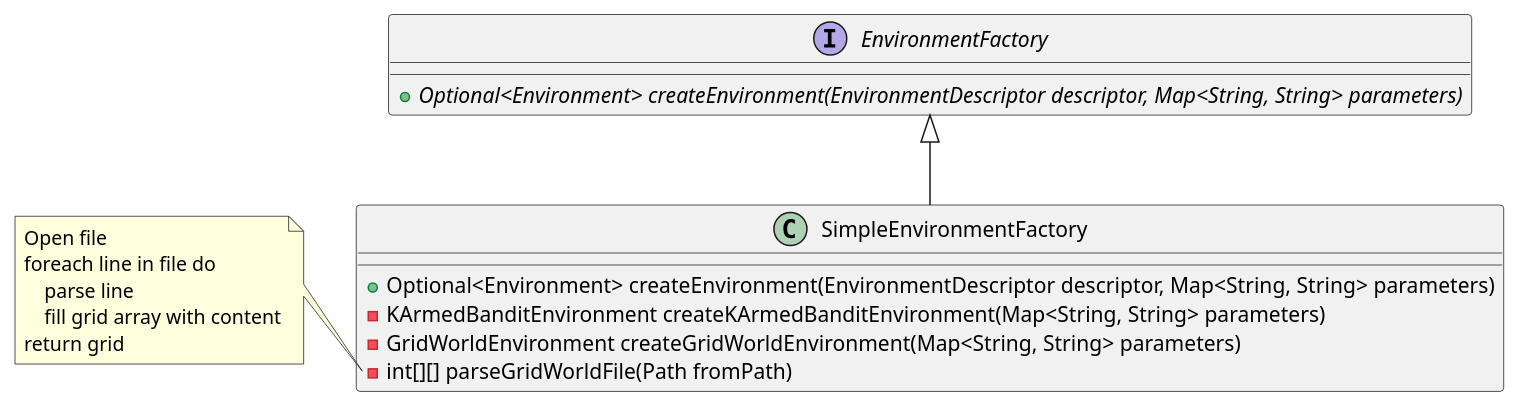
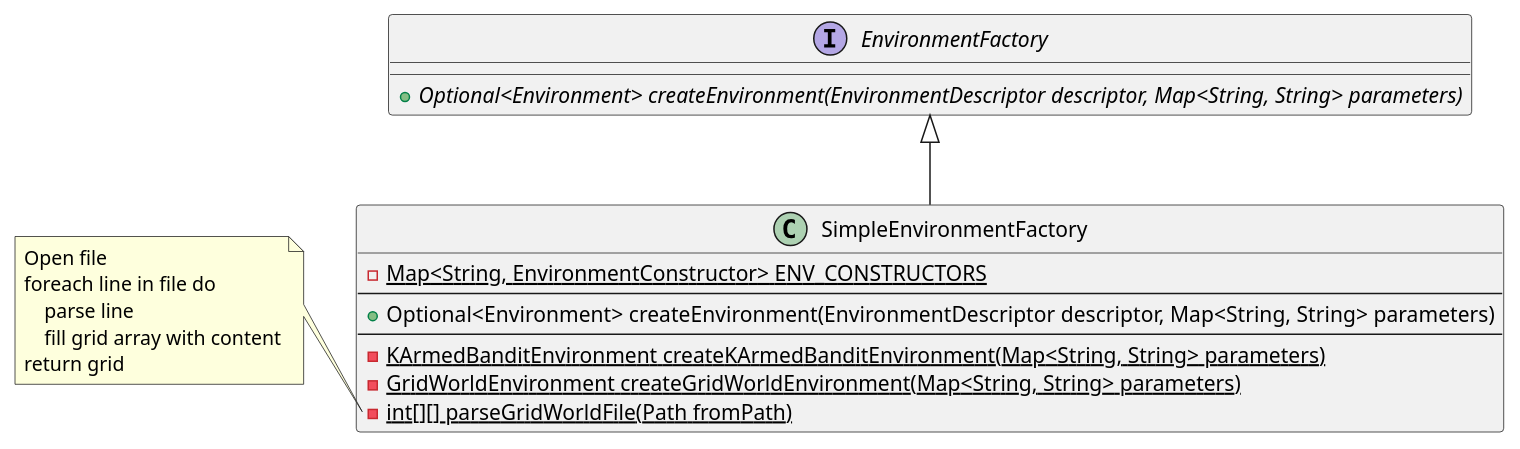
The diagram in uml/srpNegativ.puml (jatsqi/ASE-Reinforcement-Learning), drawn with PlantUML before and after one commit. The commit also changed 3 other files, not shown here.

Commit message:
Adjust UML to new factory implementations.

```diff
--- a/uml/srpNegativ.puml
+++ b/uml/srpNegativ.puml
@@ -1,24 +1,27 @@
 @startuml
 
 interface EnvironmentFactory {
-+{abstract}Optional<Environment> createEnvironment(EnvironmentDescriptor descriptor, Map<String, String> parameters)
+    +{abstract}Optional<Environment> createEnvironment(EnvironmentDescriptor descriptor, Map<String, String> parameters)
 }
 
 class SimpleEnvironmentFactory {
-+Optional<Environment> createEnvironment(EnvironmentDescriptor descriptor, Map<String, String> parameters)
--KArmedBanditEnvironment createKArmedBanditEnvironment(Map<String, String> parameters)
--GridWorldEnvironment createGridWorldEnvironment(Map<String, String> parameters)
--int[][] parseGridWorldFile(Path fromPath)
+    -{static} Map<String, EnvironmentConstructor> ENV_CONSTRUCTORS
+    ---
+    +Optional<Environment> createEnvironment(EnvironmentDescriptor descriptor, Map<String, String> parameters)
+    ---
+    -{static} KArmedBanditEnvironment createKArmedBanditEnvironment(Map<String, String> parameters)
+    -{static} GridWorldEnvironment createGridWorldEnvironment(Map<String, String> parameters)
+    -{static} int[][] parseGridWorldFile(Path fromPath)
 }
 
 note left of SimpleEnvironmentFactory::parseGridWorldFile
     Open file
     foreach line in file do
         parse line
         fill grid array with content
     return grid
 end note
 
 EnvironmentFactory <|-- SimpleEnvironmentFactory
 
 @enduml
```
